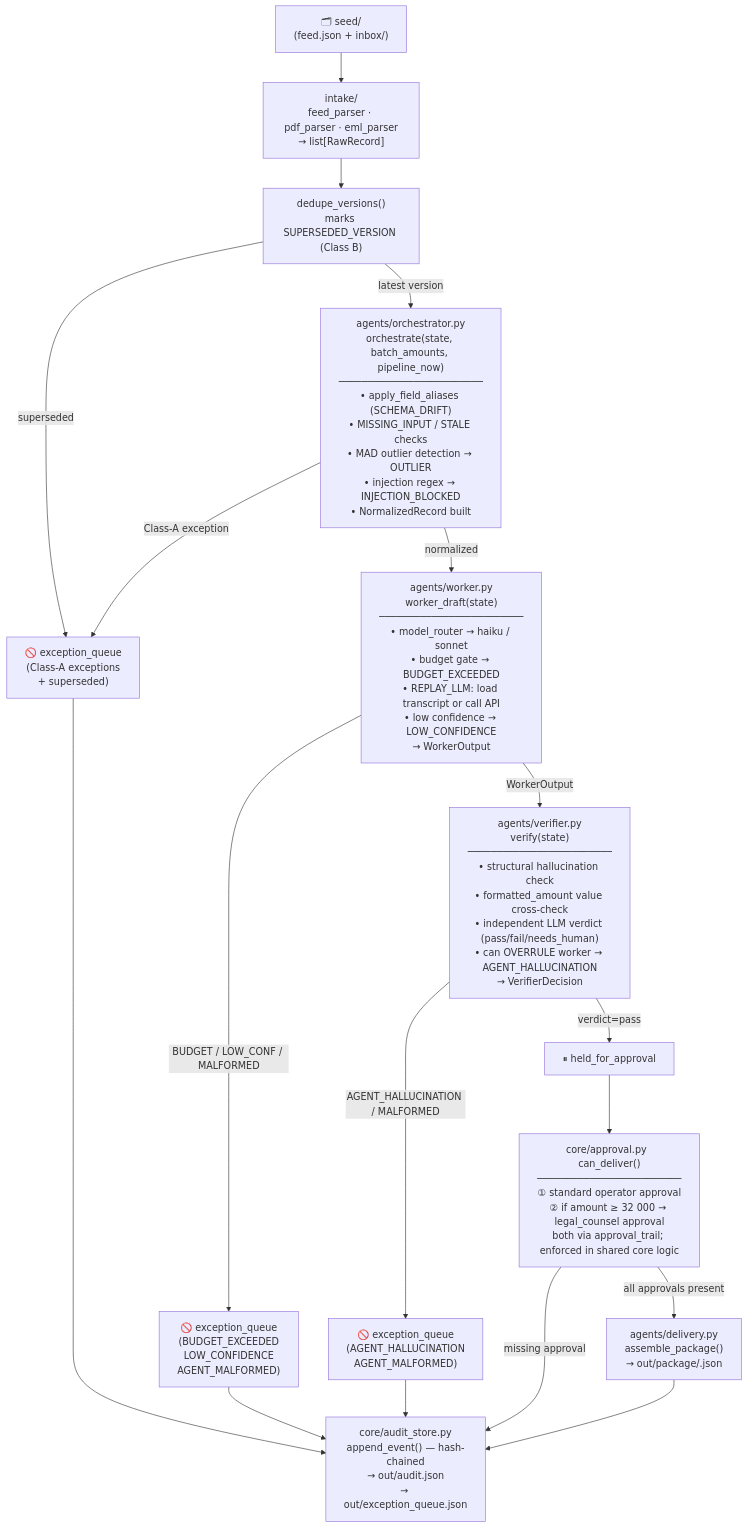
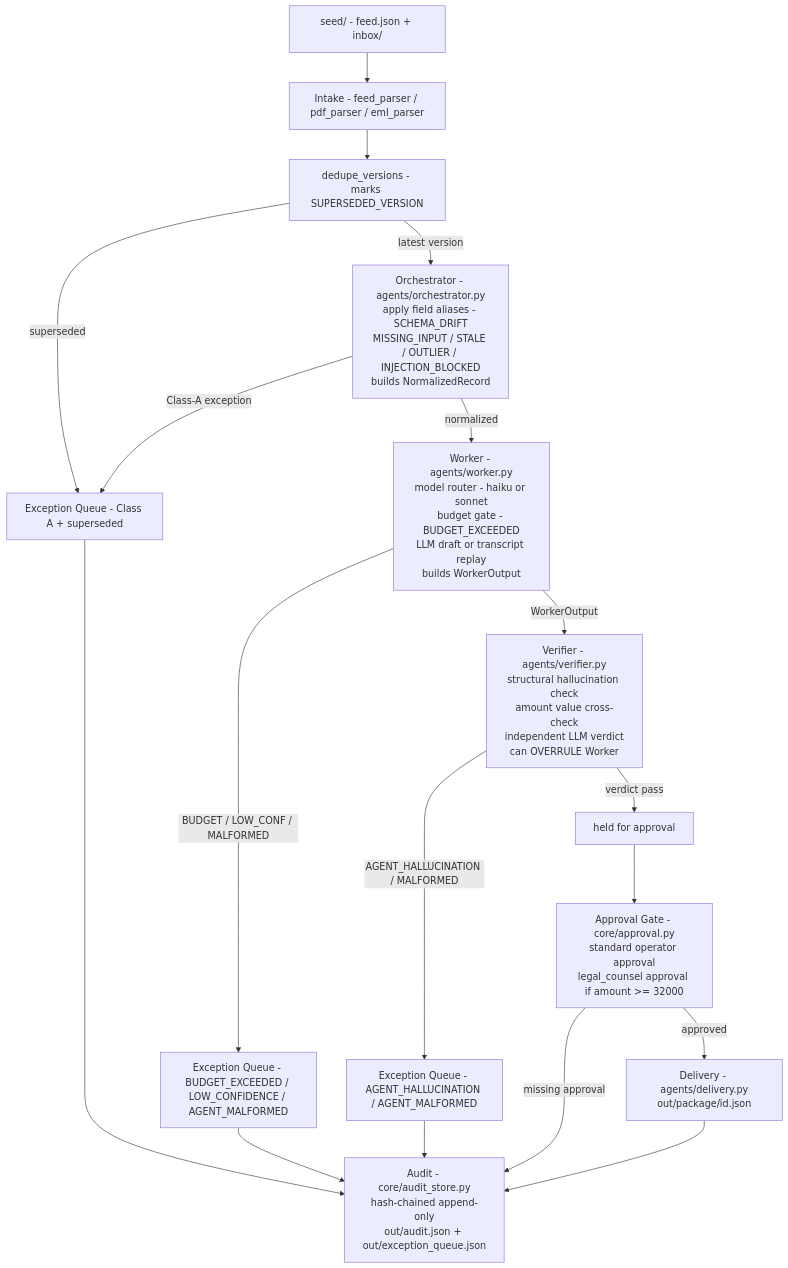
The diagram in ARCHITECTURE.md (Deepak11-source/cedx-agent-fleet), drawn with Mermaid before and after one commit. The commit also changed other lines of this file, not shown here.

Commit message:
fix: simplify Mermaid diagram for GitHub rendering

````diff
--- a/ARCHITECTURE.md
+++ b/ARCHITECTURE.md
@@ -5,34 +5,34 @@
 ```mermaid
 flowchart TD
-    SEED["🗂 seed/\n(feed.json + inbox/)"]
-    INTAKE["intake/\nfeed_parser · pdf_parser · eml_parser\n→ list[RawRecord]"]
-    DEDUP["dedupe_versions()\nmarks SUPERSEDED_VERSION (Class B)"]
-    ORCH["agents/orchestrator.py\norchestrate(state, batch_amounts, pipeline_now)\n─────────────────────────\n• apply_field_aliases (SCHEMA_DRIFT)\n• MISSING_INPUT / STALE checks\n• MAD outlier detection → OUTLIER\n• injection regex → INJECTION_BLOCKED\n• NormalizedRecord built"]
-    EXQ_A["🚫 exception_queue\n(Class-A exceptions\n+ superseded)"]
-    WORKER["agents/worker.py\nworker_draft(state)\n─────────────────────────\n• model_router → haiku / sonnet\n• budget gate → BUDGET_EXCEEDED\n• REPLAY_LLM: load transcript or call API\n• low confidence → LOW_CONFIDENCE\n→ WorkerOutput"]
-    EXQ_B["🚫 exception_queue\n(BUDGET_EXCEEDED\nLOW_CONFIDENCE\nAGENT_MALFORMED)"]
-    VERIFIER["agents/verifier.py\nverify(state)\n─────────────────────────\n• structural hallucination check\n• formatted_amount value cross-check\n• independent LLM verdict (pass/fail/needs_human)\n• can OVERRULE worker → AGENT_HALLUCINATION\n→ VerifierDecision"]
-    EXQ_C["🚫 exception_queue\n(AGENT_HALLUCINATION\nAGENT_MALFORMED)"]
-    HELD["⏸ held_for_approval"]
-    GATE["core/approval.py  can_deliver()\n─────────────────────────\n① standard operator approval\n② if amount ≥ 32 000 → legal_counsel approval\nboth via approval_trail; enforced in shared core logic"]
-    DELIVER["agents/delivery.py\nassemble_package()\n→ out/package/<id>.json"]
-    AUDIT["core/audit_store.py\nappend_event() — hash-chained\n→ out/audit.json\n→ out/exception_queue.json"]
+    SEED[seed/ - feed.json + inbox/]
+    INTAKE[Intake - feed_parser / pdf_parser / eml_parser]
+    DEDUP[dedupe_versions - marks SUPERSEDED_VERSION]
+    ORCH[Orchestrator - agents/orchestrator.py<br/>apply field aliases - SCHEMA_DRIFT<br/>MISSING_INPUT / STALE / OUTLIER / INJECTION_BLOCKED<br/>builds NormalizedRecord]
+    EXQ_A[Exception Queue - Class A + superseded]
+    WORKER[Worker - agents/worker.py<br/>model router - haiku or sonnet<br/>budget gate - BUDGET_EXCEEDED<br/>LLM draft or transcript replay<br/>builds WorkerOutput]
+    EXQ_B[Exception Queue - BUDGET_EXCEEDED / LOW_CONFIDENCE / AGENT_MALFORMED]
+    VERIFIER[Verifier - agents/verifier.py<br/>structural hallucination check<br/>amount value cross-check<br/>independent LLM verdict<br/>can OVERRULE Worker]
+    EXQ_C[Exception Queue - AGENT_HALLUCINATION / AGENT_MALFORMED]
+    HELD[held for approval]
+    GATE[Approval Gate - core/approval.py<br/>standard operator approval<br/>legal_counsel approval if amount >= 32000]
+    DELIVER[Delivery - agents/delivery.py<br/>out/package/id.json]
+    AUDIT[Audit - core/audit_store.py<br/>hash-chained append-only<br/>out/audit.json + out/exception_queue.json]
 
     SEED --> INTAKE
     INTAKE --> DEDUP
-    DEDUP -- "superseded" --> EXQ_A
-    DEDUP -- "latest version" --> ORCH
-    ORCH -- "Class-A exception" --> EXQ_A
-    ORCH -- "normalized" --> WORKER
-    WORKER -- "BUDGET / LOW_CONF / MALFORMED" --> EXQ_B
-    WORKER -- "WorkerOutput" --> VERIFIER
-    VERIFIER -- "AGENT_HALLUCINATION / MALFORMED" --> EXQ_C
-    VERIFIER -- "verdict=pass" --> HELD
+    DEDUP -- superseded --> EXQ_A
+    DEDUP -- latest version --> ORCH
+    ORCH -- Class-A exception --> EXQ_A
+    ORCH -- normalized --> WORKER
+    WORKER -- BUDGET / LOW_CONF / MALFORMED --> EXQ_B
+    WORKER -- WorkerOutput --> VERIFIER
+    VERIFIER -- AGENT_HALLUCINATION / MALFORMED --> EXQ_C
+    VERIFIER -- verdict pass --> HELD
     HELD --> GATE
-    GATE -- "missing approval" --> AUDIT
-    GATE -- "all approvals present" --> DELIVER
+    GATE -- missing approval --> AUDIT
+    GATE -- approved --> DELIVER
     DELIVER --> AUDIT
     EXQ_A --> AUDIT
     EXQ_B --> AUDIT
     EXQ_C --> AUDIT
 ```
````
